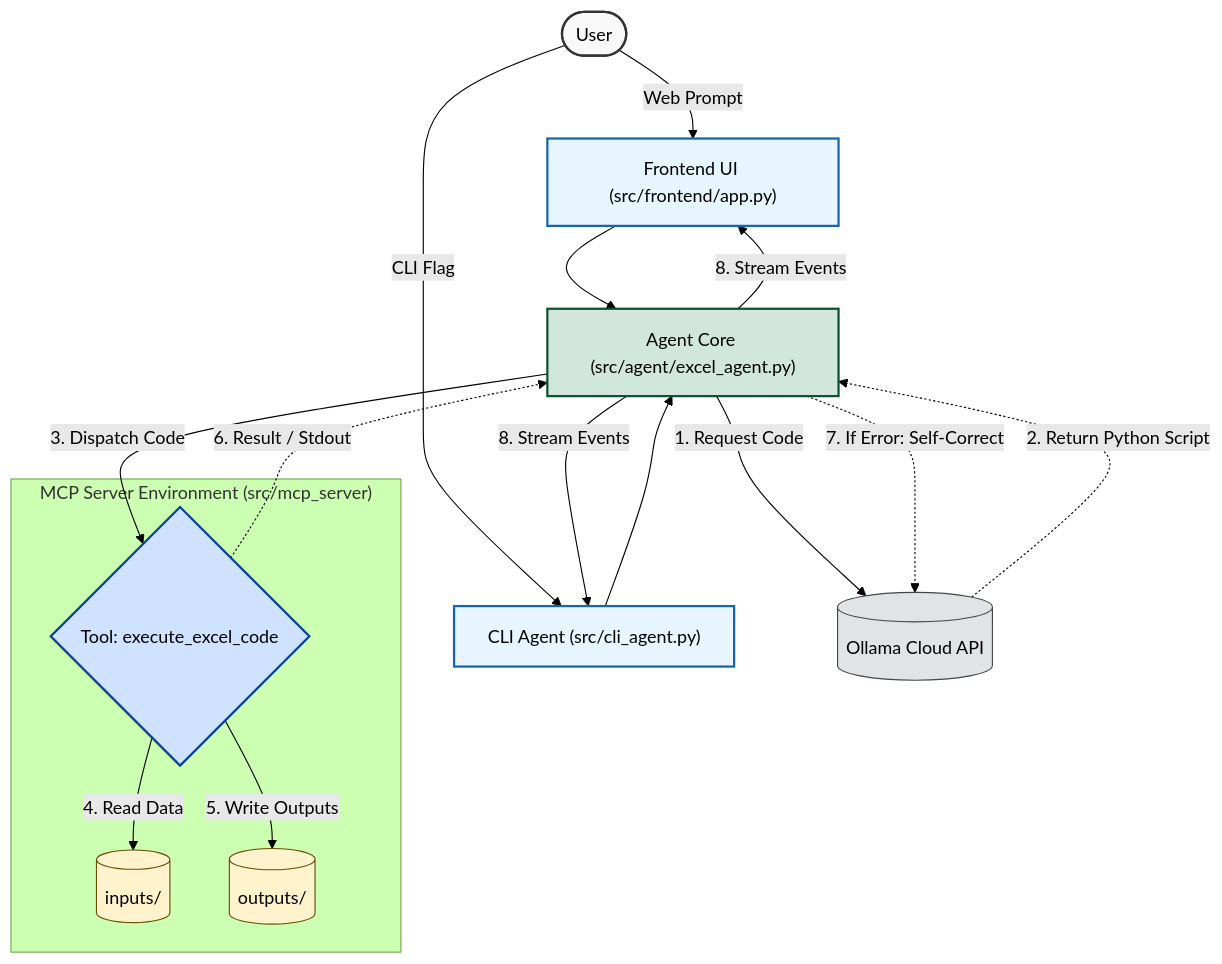
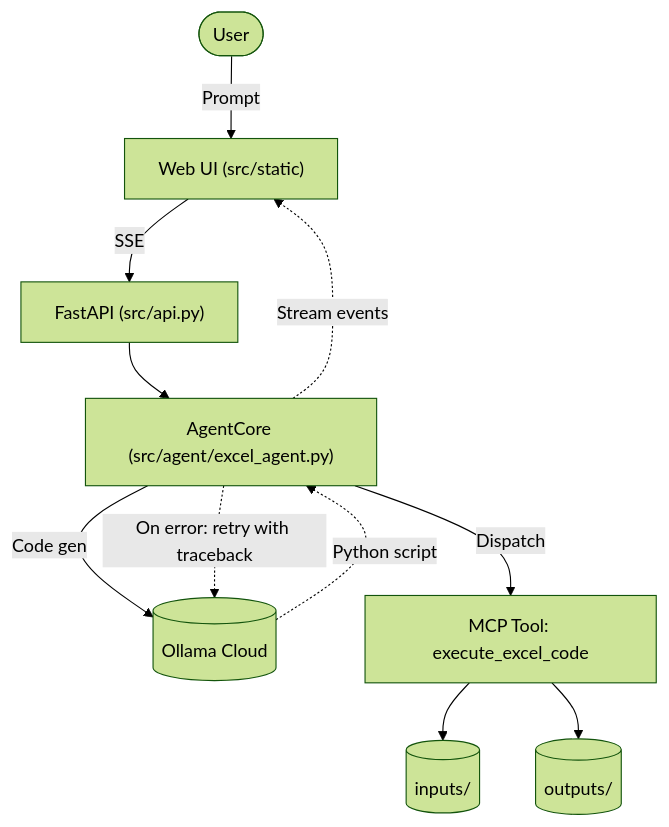
The diagram in README.md (Abdo0213/Excel-MCP), drawn with Mermaid (forest theme) before and after one commit. The commit also changed other lines of this file and 13 other files, not shown here.

````diff
--- a/README.md
+++ b/README.md
@@ -55,36 +99,13 @@
 ```mermaid
 graph TD
-    classDef userNode fill:#f9f9f9,stroke:#333,stroke-width:2px;
-    classDef uiNode fill:#e7f5ff,stroke:#1864ab,stroke-width:2px;
-    classDef agentNode fill:#d1e7dd,stroke:#0f5132,stroke-width:2px;
-    classDef mcpNode fill:#cfe2ff,stroke:#084298,stroke-width:2px;
-    classDef internalNode fill:#fff3cd,stroke:#664d03,stroke-width:1px;
-    classDef cloudNode fill:#e2e3e5,stroke:#41464b,stroke-width:1px;
-
-    User(["User"]):::userNode
-    StreamlitUI["Frontend UI (src/frontend/app.py)"]:::uiNode
-    CLI["CLI Agent (src/cli_agent.py)"]:::uiNode
-    AgentCore["Agent Core (src/agent/excel_agent.py)"]:::agentNode
-    OllamaCloud[("Ollama Cloud API")]:::cloudNode
-    
-    subgraph MCP_Server ["MCP Server Environment (src/mcp_server)"]
-        SingleTool{"Tool: execute_excel_code"}:::mcpNode
-        InputsDir[("inputs/")]:::internalNode
-        OutputsDir[("outputs/")]:::internalNode
-    end
-    
-    User -->|Web Prompt| StreamlitUI
-    User -->|CLI Flag| CLI
-    StreamlitUI --> AgentCore
-    CLI --> AgentCore
-    AgentCore -->|1. Request Code| OllamaCloud
-    OllamaCloud -.->|2. Return Python Script| AgentCore
-    AgentCore -->|3. Dispatch Code| SingleTool
-    SingleTool -->|4. Read Data| InputsDir
-    SingleTool -->|5. Write Outputs| OutputsDir
-    SingleTool -.->|6. Result / Stdout| AgentCore
-    
-    AgentCore -.->|7. If Error: Self-Correct| OllamaCloud
-    AgentCore -->|8. Stream Events| StreamlitUI
-    AgentCore -->|8. Stream Events| CLI
+    User([User]) -->|Prompt| WebUI
+    WebUI["Web UI (src/static)"] -->|SSE| API
+    API["FastAPI (src/api.py)"] --> Agent
+    Agent["AgentCore (src/agent/excel_agent.py)"] -->|Code gen| Ollama[(Ollama Cloud)]
+    Ollama -.->|Python script| Agent
+    Agent -->|Dispatch| Tool["MCP Tool: execute_excel_code"]
+    Tool --> Inputs[(inputs/)]
+    Tool --> Outputs[(outputs/)]
+    Agent -.->|On error: retry with traceback| Ollama
+    Agent -.->|Stream events| WebUI
 ```
````
